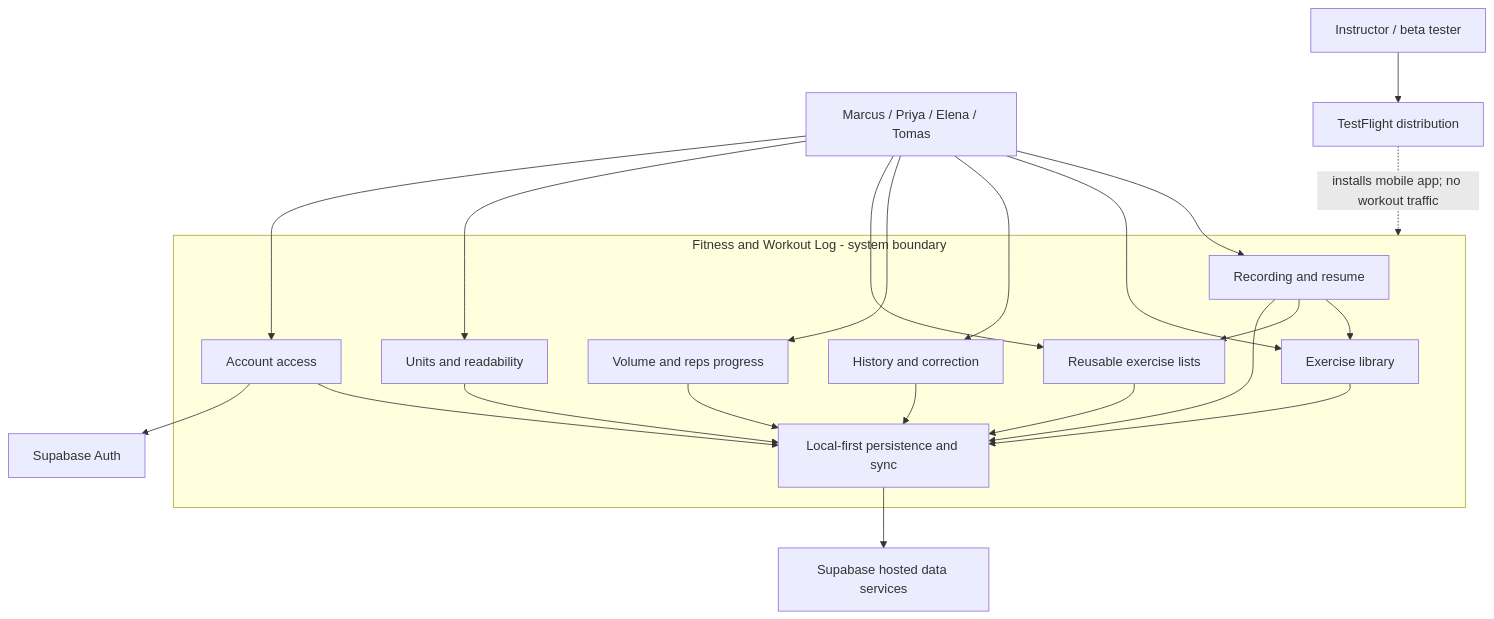
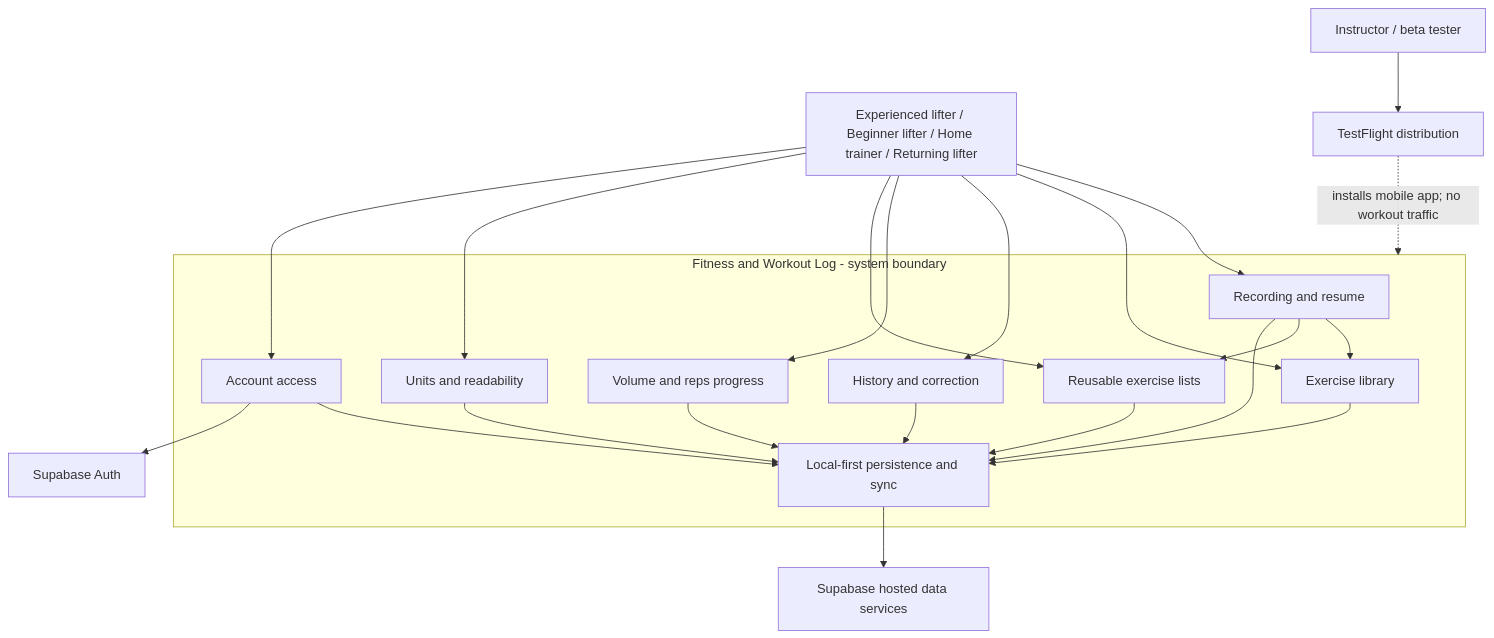
One commit to SebasLopez2005/SWEProject1 changed the first of 42 diagrams in docs/part2/design/README.md. Above: the diagram before and after it, drawn with Mermaid. The commit also changed other lines of this file and 43 other files, not shown here.

Commit message:
Align fitness diagrams with revised professor-reviewed report

````diff
--- a/docs/part2/design/README.md
+++ b/docs/part2/design/README.md
@@ -88,27 +89,27 @@
 ```mermaid
 flowchart TB
-    User["Marcus / Priya / Elena / Tomas"]
+    User["Experienced lifter / Beginner lifter / Home trainer / Returning lifter"]
     subgraph System["Fitness and Workout Log - system boundary"]
       Log["Recording and resume"]
       Library["Exercise library"]
       History["History and correction"]
       Progress["Volume and reps progress"]
       Templates["Reusable exercise lists"]
       Settings["Units and readability"]
       Data["Local-first persistence and sync"]
       Identity["Account access"]
     end
     User --> Log & Library & History & Progress & Templates & Settings
     Log --> Library & Templates & Data
     History --> Data
     Progress --> Data
     Library --> Data
     Templates --> Data
     Settings --> Data
     Identity --> Data
     Identity --> Auth["Supabase Auth"]
     Data --> Cloud["Supabase hosted data services"]
     User --> Identity
     Instructor["Instructor / beta tester"] --> TF["TestFlight distribution"]
     TF -. "installs mobile app; no workout traffic" .-> System
 ```
````
